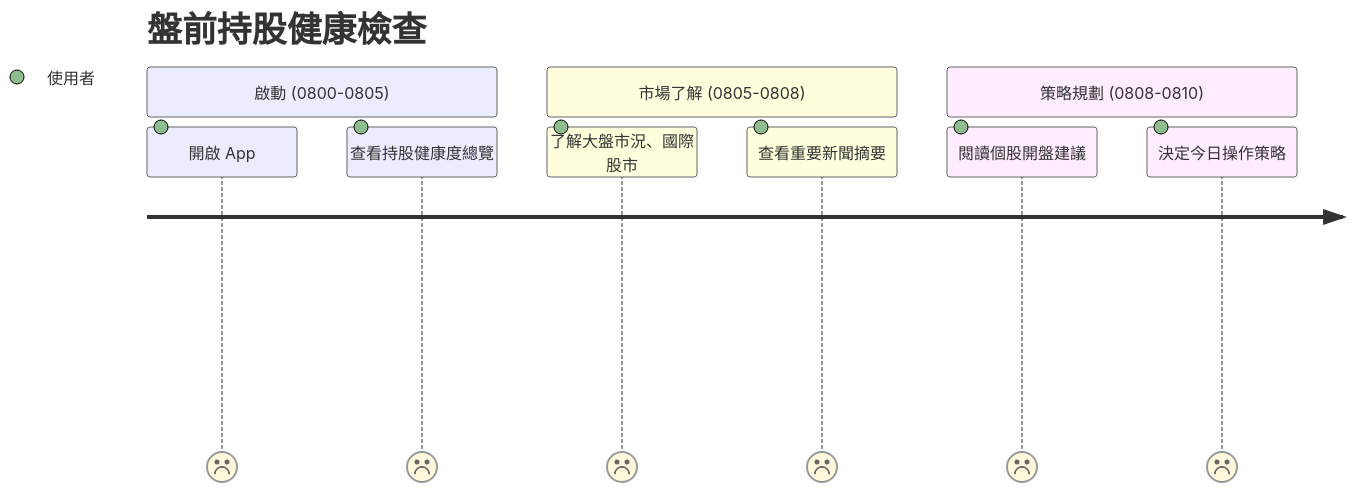
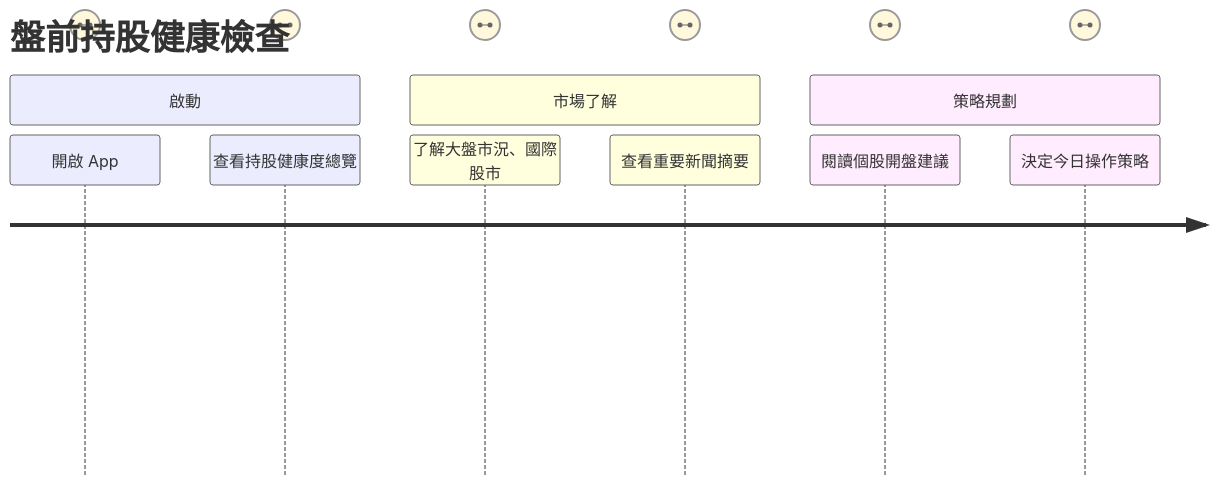
Before and after one commit to hihihowru/ai-chatbot-proxy: the first of 3 diagrams in user_journey_map/yong-hulcheng-yi.md, drawn with Mermaid. The commit also changed 2 other files, not shown here.

Commit message:
GITBOOK-14: No subject

````diff
--- a/user_journey_map/yong-hulcheng-yi.md
+++ b/user_journey_map/yong-hulcheng-yi.md
@@ -15,13 +15,13 @@
 ```mermaid
 journey
     title 盤前持股健康檢查
-    section 啟動 (0800-0805)
-      開啟 App: : 使用者
-      查看持股健康度總覽: : 使用者
-    section 市場了解 (0805-0808)
-      了解大盤市況、國際股市: : 使用者
-      查看重要新聞摘要: : 使用者
-    section 策略規劃 (0808-0810)
-      閱讀個股開盤建議: : 使用者
-      決定今日操作策略: : 使用者
+    section 啟動 
+      開啟 App: 使用者
+      查看持股健康度總覽: 使用者
+    section 市場了解 
+      了解大盤市況、國際股市: 使用者
+      查看重要新聞摘要: 使用者
+    section 策略規劃 
+      閱讀個股開盤建議: 使用者
+      決定今日操作策略: 使用者
 ```
````
